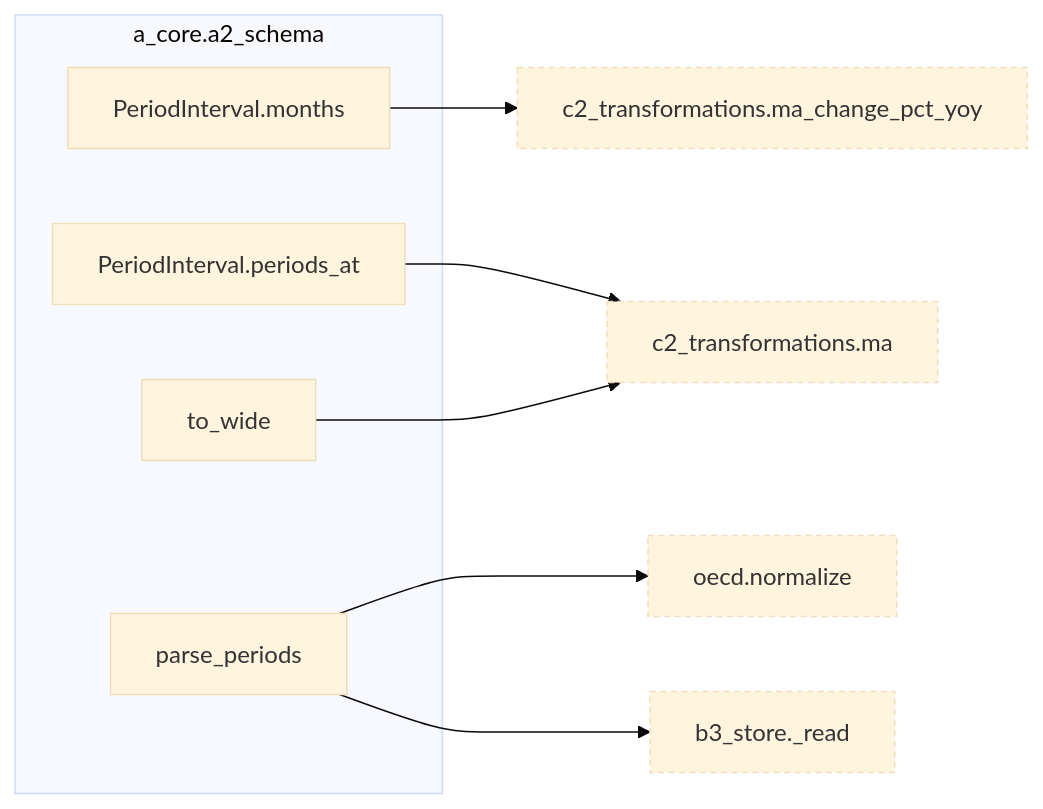
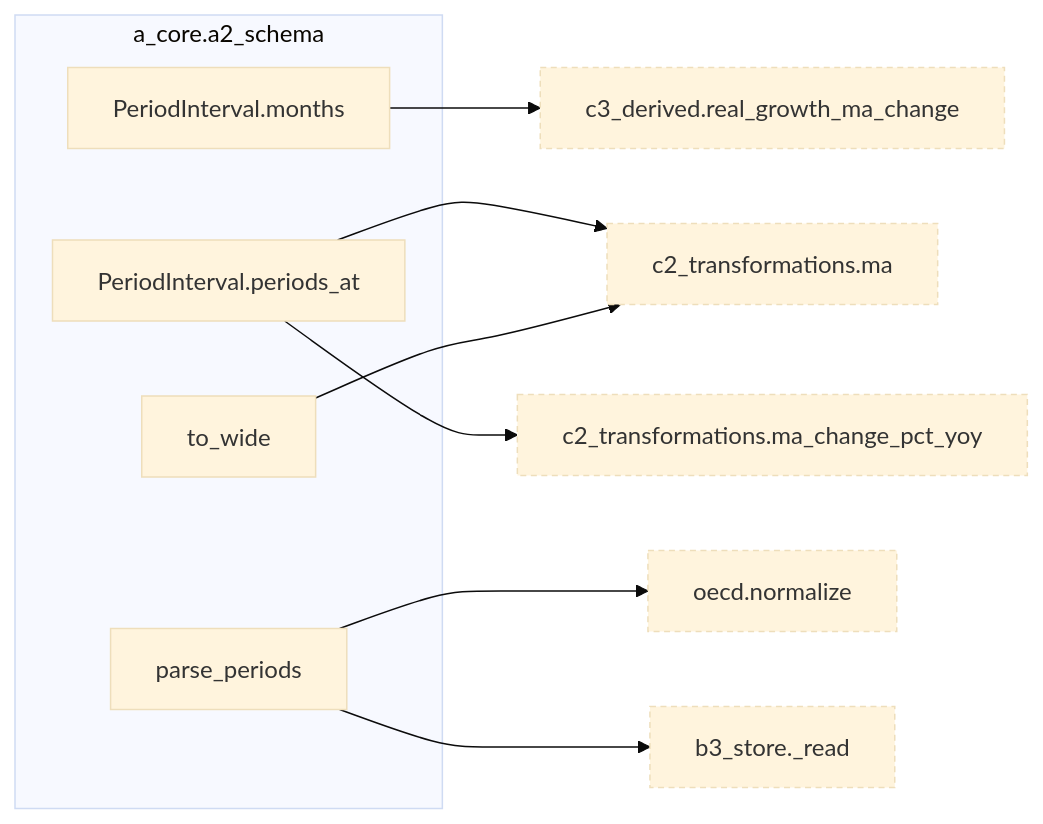
The fourth of 15 diagrams in docs/architecture.md (bsawyerg15/MacroScan), drawn with Mermaid (base theme) before and after one commit. The commit also changed other lines of this file and 11 other files, not shown here.

````diff
--- a/docs/architecture.md
+++ b/docs/architecture.md
@@ -352,27 +353,30 @@
 ```mermaid
 flowchart LR
   subgraph this["a_core.a2_schema"]
     n_a_core_a2_schema_PeriodInterval_months["PeriodInterval.months"]
     n_a_core_a2_schema_PeriodInterval_periods_at["PeriodInterval.periods_at"]
     n_a_core_a2_schema_parse_periods["parse_periods"]
     n_a_core_a2_schema_to_wide["to_wide"]
   end
   n_b_ingest_b1_sources_oecd_normalize["oecd.normalize"]:::ext
   n_b_ingest_b3_store__read["b3_store._read"]:::ext
   n_c_transform_c2_transformations_ma["c2_transformations.ma"]:::ext
   n_c_transform_c2_transformations_ma_change_pct_yoy["c2_transformations.ma_change_pct_yoy"]:::ext
+  n_c_transform_c3_derived_real_growth_ma_change["c3_derived.real_growth_ma_change"]:::ext
   n_a_core_a2_schema_parse_periods --> n_b_ingest_b1_sources_oecd_normalize
   n_a_core_a2_schema_parse_periods --> n_b_ingest_b3_store__read
   n_a_core_a2_schema_PeriodInterval_periods_at --> n_c_transform_c2_transformations_ma
   n_a_core_a2_schema_to_wide --> n_c_transform_c2_transformations_ma
-  n_a_core_a2_schema_PeriodInterval_months --> n_c_transform_c2_transformations_ma_change_pct_yoy
+  n_a_core_a2_schema_PeriodInterval_periods_at --> n_c_transform_c2_transformations_ma_change_pct_yoy
+  n_a_core_a2_schema_PeriodInterval_months --> n_c_transform_c3_derived_real_growth_ma_change
   click n_a_core_a2_schema_PeriodInterval_months href "#fn-a_core-a2_schema-PeriodInterval.months"
   click n_a_core_a2_schema_PeriodInterval_periods_at href "#fn-a_core-a2_schema-PeriodInterval.periods_at"
   click n_a_core_a2_schema_parse_periods href "#fn-a_core-a2_schema-parse_periods"
   click n_a_core_a2_schema_to_wide href "#fn-a_core-a2_schema-to_wide"
   click n_b_ingest_b1_sources_oecd_normalize href "#fn-b_ingest-b1_sources-oecd-normalize"
   click n_b_ingest_b3_store__read href "#fn-b_ingest-b3_store-_read"
   click n_c_transform_c2_transformations_ma href "#fn-c_transform-c2_transformations-ma"
   click n_c_transform_c2_transformations_ma_change_pct_yoy href "#fn-c_transform-c2_transformations-ma_change_pct_yoy"
+  click n_c_transform_c3_derived_real_growth_ma_change href "#fn-c_transform-c3_derived-real_growth_ma_change"
   classDef ext stroke-dasharray: 4 3
 ```
````
